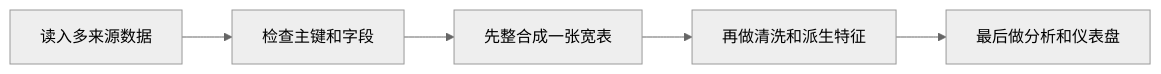
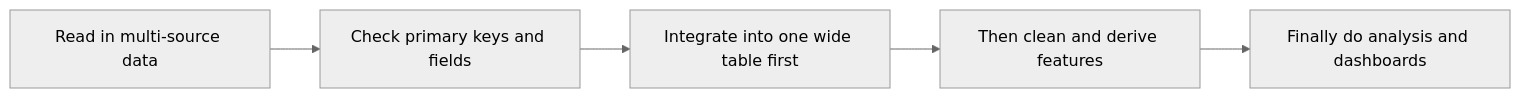
Before and after one commit to oudbiao/AI-fullstack-course: the first of 5 diagrams in docs/ch03-data-analysis/ch06-projects/02-multi-source-analysis.md, drawn with Mermaid (neutral theme). The commit also changed other lines of this file and 1406 other files, not shown here.

````diff
--- a/docs/ch03-data-analysis/ch06-projects/02-multi-source-analysis.md
+++ b/docs/ch03-data-analysis/ch06-projects/02-multi-source-analysis.md
@@ -20,7 +20,7 @@
 ```mermaid
 flowchart LR
-    A["读入多来源数据"] --> B["检查主键和字段"]
-    B --> C["先整合成一张宽表"]
-    C --> D["再做清洗和派生特征"]
-    D --> E["最后做分析和仪表盘"]
+    A["Read in multi-source data"] --> B["Check primary keys and fields"]
+    B --> C["Integrate into one wide table first"]
+    C --> D["Then clean and derive features"]
+    D --> E["Finally do analysis and dashboards"]
 ```
````
